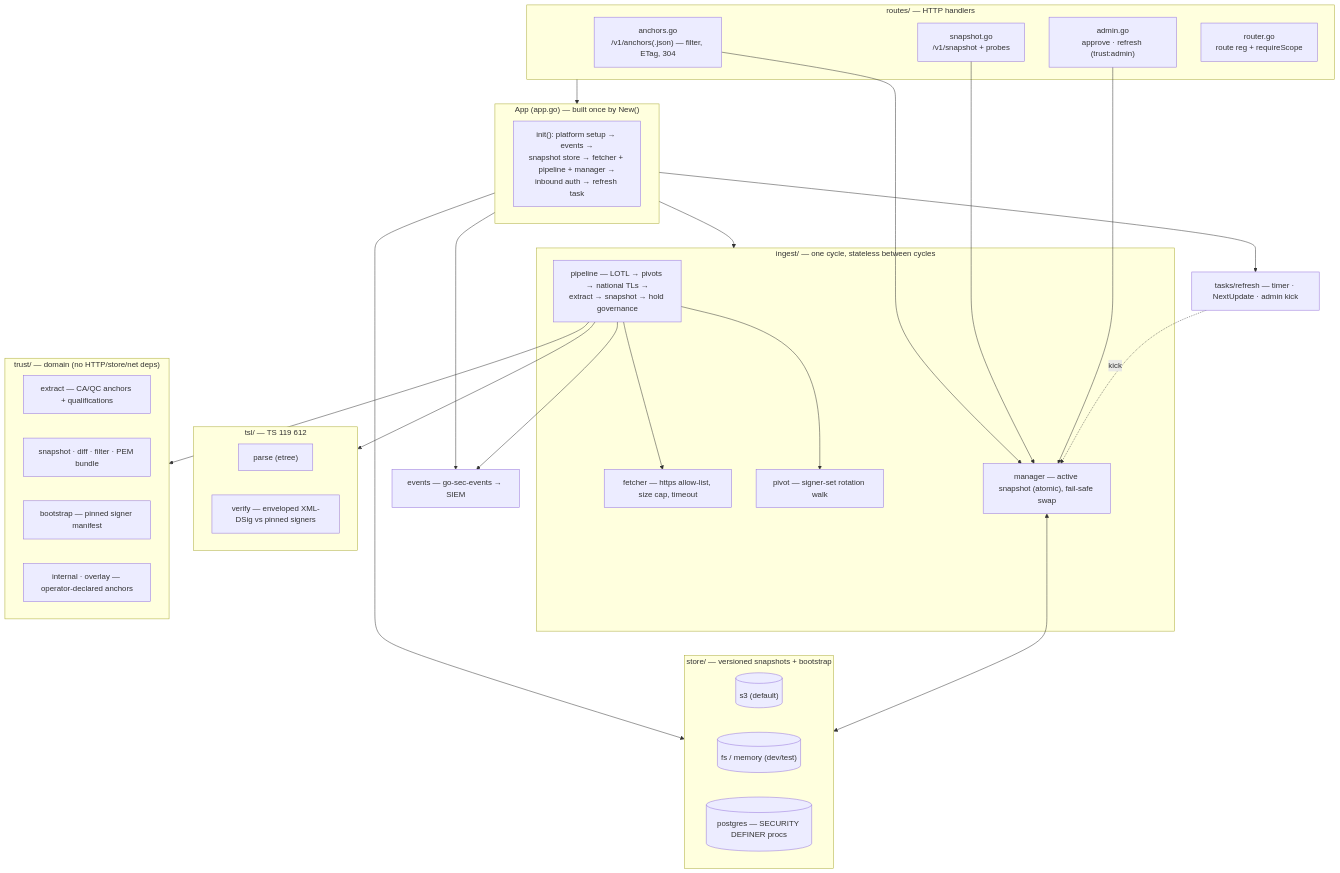
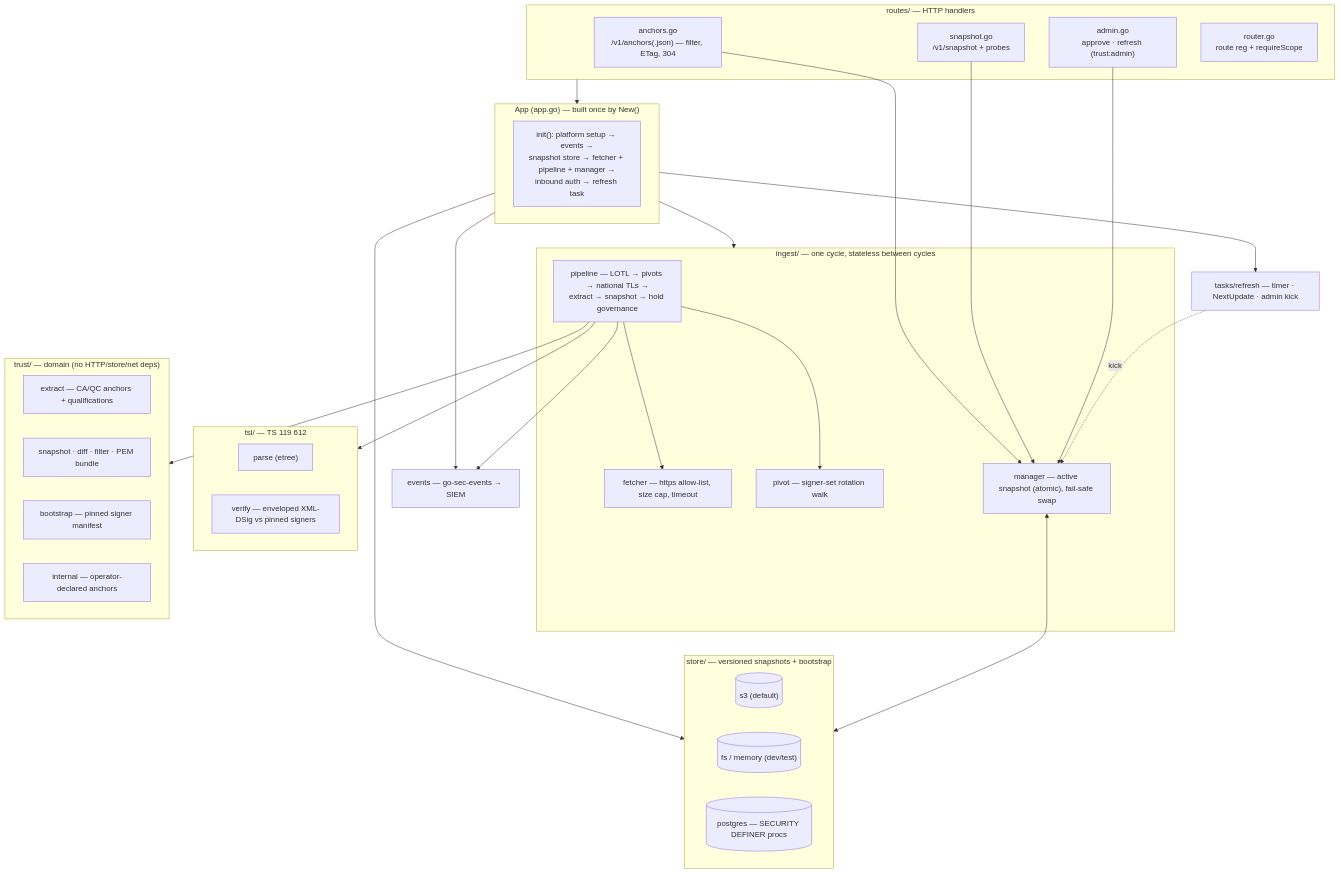
Before and after one commit to go-make-bytes/trust-anchor: the second of 3 diagrams in README.md, drawn with Mermaid. The commit also changed other lines of this file and 27 other files, not shown here.

````diff
--- a/README.md
+++ b/README.md
@@ -91,50 +91,50 @@
 ```mermaid
 flowchart TB
     subgraph App["App (app.go) — built once by New()"]
         INIT["init(): platform setup → events →<br/>snapshot store → fetcher + pipeline + manager →<br/>inbound auth → refresh task"]
     end
 
     subgraph Routes["routes/ — HTTP handlers"]
         AN["anchors.go<br/>/v1/anchors(.json) — filter, ETag, 304"]
         SN["snapshot.go<br/>/v1/snapshot + probes"]
         AD["admin.go<br/>approve · refresh (trust:admin)"]
         RT["router.go<br/>route reg + requireScope"]
     end
 
     subgraph Ingest["ingest/ — one cycle, stateless between cycles"]
         FET["fetcher — https allow-list, size cap, timeout"]
         PIP["pipeline — LOTL → pivots → national TLs →<br/>extract → snapshot → hold governance"]
         PIV["pivot — signer-set rotation walk"]
         MGR["manager — active snapshot (atomic), fail-safe swap"]
     end
 
     subgraph TSL["tsl/ — TS 119 612"]
         PAR["parse (etree)"]
         VER["verify — enveloped XML-DSig vs pinned signers"]
     end
 
     subgraph Trust["trust/ — domain (no HTTP/store/net deps)"]
         EXT["extract — CA/QC anchors + qualifications"]
         SNP["snapshot · diff · filter · PEM bundle"]
         BOOT["bootstrap — pinned signer manifest"]
-        INT["internal · overlay — operator-declared anchors"]
+        INT["internal — operator-declared anchors"]
     end
 
     subgraph Store["store/ — versioned snapshots + bootstrap"]
         S3[("s3 (default)")]
         FS[("fs / memory (dev/test)")]
         PG[("postgres — SECURITY DEFINER procs")]
     end
 
     TASK["tasks/refresh — timer · NextUpdate · admin kick"]
     EV["events — go-sec-events → SIEM"]
 
     Routes --> App
     AN & SN --> MGR
     AD --> MGR
     App --> Ingest & Store & EV & TASK
     PIP --> FET & PIV & TSL & Trust
     MGR <--> Store
     PIP --> EV
     TASK -. kick .-> MGR
 ```
````
